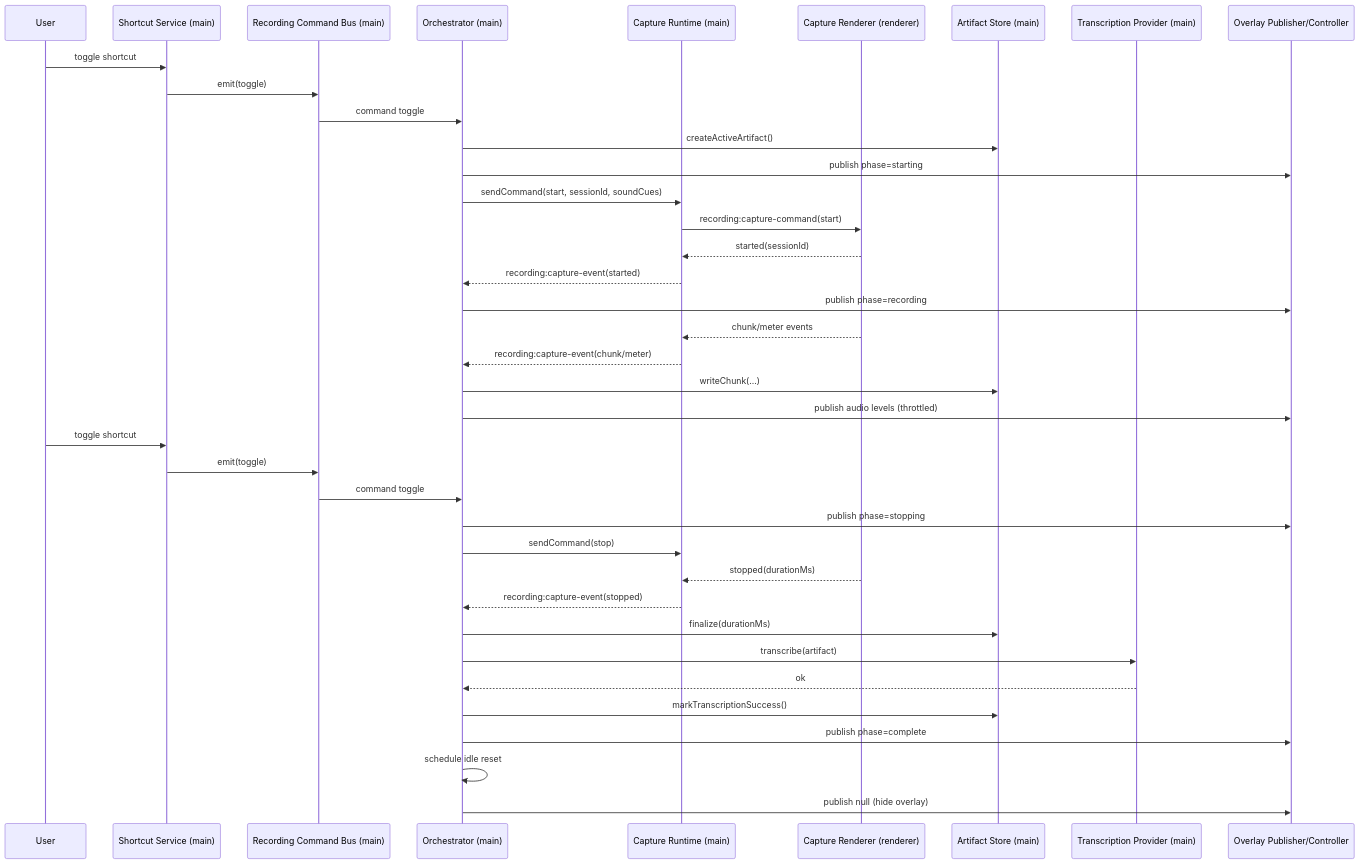
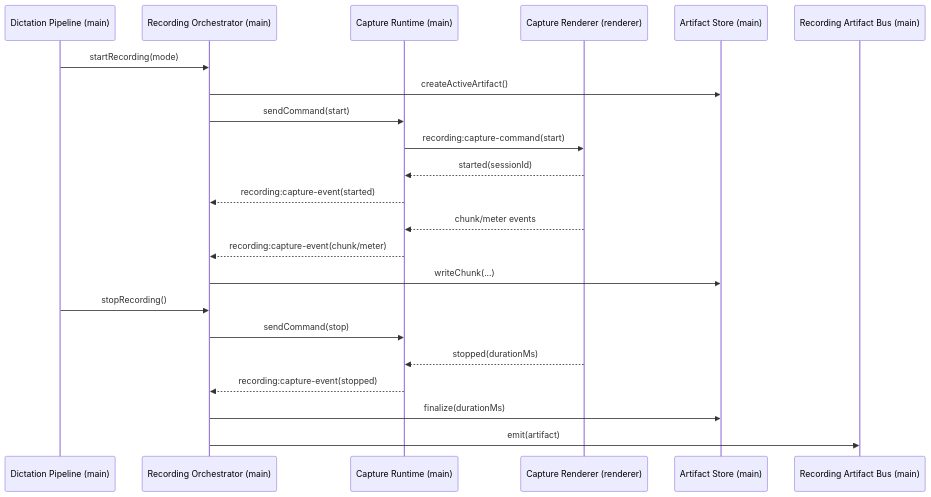
The first of 2 diagrams in docs/recording/flows.md (MateuszRomek/openvocaly), drawn with Mermaid before and after one commit. The commit also changed other lines of this file and 107 other files, not shown here.

First line of the commit message:
Fix transcription provider UI lint issues (#8)

````diff
--- a/docs/recording/flows.md
+++ b/docs/recording/flows.md
@@ -5,42 +5,26 @@
 ```mermaid
 sequenceDiagram
-  participant U as User
-  participant S as Shortcut Service (main)
-  participant B as Recording Command Bus (main)
-  participant O as Orchestrator (main)
+  participant DP as Dictation Pipeline (main)
+  participant R as Recording Orchestrator (main)
   participant C as Capture Runtime (main)
-  participant R as Capture Renderer (renderer)
+  participant CR as Capture Renderer (renderer)
   participant A as Artifact Store (main)
-  participant T as Transcription Provider (main)
-  participant P as Overlay Publisher/Controller
+  participant B as Recording Artifact Bus (main)
 
-  U->>S: toggle shortcut
-  S->>B: emit(toggle)
-  B->>O: command toggle
-  O->>A: createActiveArtifact()
-  O->>P: publish phase=starting
-  O->>C: sendCommand(start, sessionId, soundCues)
-  C->>R: recording:capture-command(start)
-  R-->>C: started(sessionId)
-  C-->>O: recording:capture-event(started)
-  O->>P: publish phase=recording
-  R-->>C: chunk/meter events
-  C-->>O: recording:capture-event(chunk/meter)
-  O->>A: writeChunk(...)
-  O->>P: publish audio levels (throttled)
+  DP->>R: startRecording(mode)
+  R->>A: createActiveArtifact()
+  R->>C: sendCommand(start)
+  C->>CR: recording:capture-command(start)
+  CR-->>C: started(sessionId)
+  C-->>R: recording:capture-event(started)
+  CR-->>C: chunk/meter events
+  C-->>R: recording:capture-event(chunk/meter)
+  R->>A: writeChunk(...)
 
-  U->>S: toggle shortcut
-  S->>B: emit(toggle)
-  B->>O: command toggle
-  O->>P: publish phase=stopping
-  O->>C: sendCommand(stop)
-  R-->>C: stopped(durationMs)
-  C-->>O: recording:capture-event(stopped)
-  O->>A: finalize(durationMs)
-  O->>T: transcribe(artifact)
-  T-->>O: ok
-  O->>A: markTranscriptionSuccess()
-  O->>P: publish phase=complete
-  O->>O: schedule idle reset
-  O->>P: publish null (hide overlay)
+  DP->>R: stopRecording()
+  R->>C: sendCommand(stop)
+  CR-->>C: stopped(durationMs)
+  C-->>R: recording:capture-event(stopped)
+  R->>A: finalize(durationMs)
+  R->>B: emit(artifact)
 ```
````
